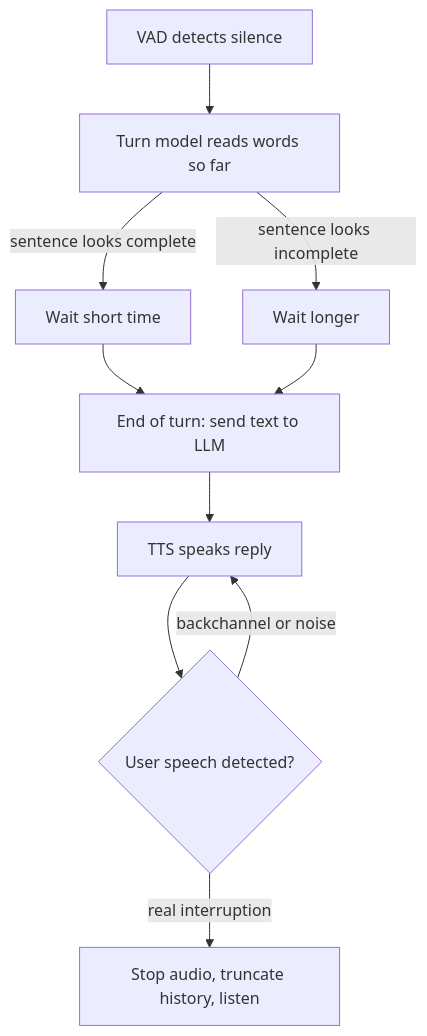
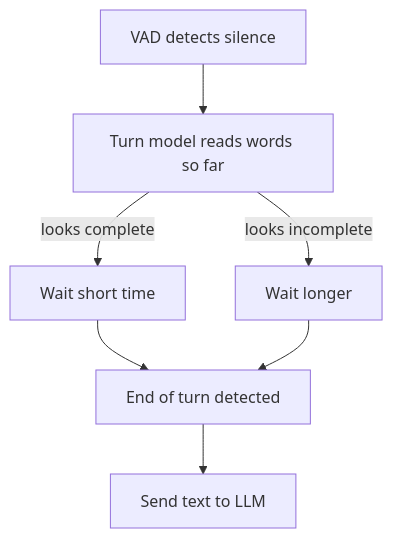
The second of 2 diagrams in notes/step-16-ai-infrastructure-deployment-and-system-design/190-what-is-turn-taking-in-a-voice-ai-agent.md (kaisarnajar/outcome-school-blogs), drawn with Mermaid before and after one commit. The commit also changed other lines of this file and 233 other files, not shown here.

````diff
--- a/notes/step-16-ai-infrastructure-deployment-and-system-design/190-what-is-turn-taking-in-a-voice-ai-agent.md
+++ b/notes/step-16-ai-infrastructure-deployment-and-system-design/190-what-is-turn-taking-in-a-voice-ai-agent.md
@@ -58,12 +59,9 @@
 ```mermaid
 flowchart TD
-    A["VAD detects silence"] --> B["Turn model reads words so far"]
-    B -->|"sentence looks complete"| C["Wait short time"]
-    B -->|"sentence looks incomplete"| D["Wait longer"]
-    C --> E["End of turn: send text to LLM"]
-    D --> E
-    E --> F["TTS speaks reply"]
-    F --> G{"User speech detected?"}
-    G -->|"backchannel or noise"| F
-    G -->|"real interruption"| H["Stop audio, truncate history, listen"]
+    V["VAD detects silence"] --> M["Turn model reads words so far"]
+    M -->|"looks complete"| S["Wait short time"]
+    M -->|"looks incomplete"| L["Wait longer"]
+    S --> E["End of turn detected"]
+    L --> E
+    E --> LLM["Send text to LLM"]
 ```
````
